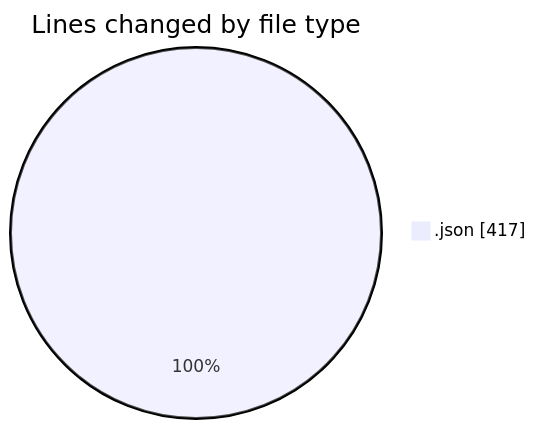
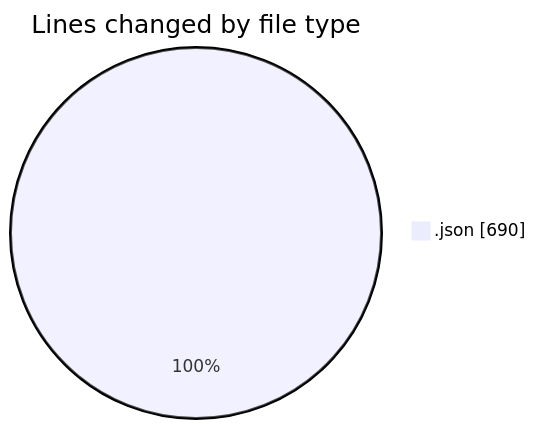
The first of 2 diagrams in 2026-05-21/cda/README.md (momahboobian/code-tracking), drawn with Mermaid before and after one commit. The commit also changed other lines of this file and 1 other file, not shown here.

````diff
--- a/2026-05-21/cda/README.md
+++ b/2026-05-21/cda/README.md
@@ -21,5 +23,5 @@
 ```mermaid
 pie showData
 title Lines changed by file type
-".json" : 417
+".json" : 690
 ```
````
